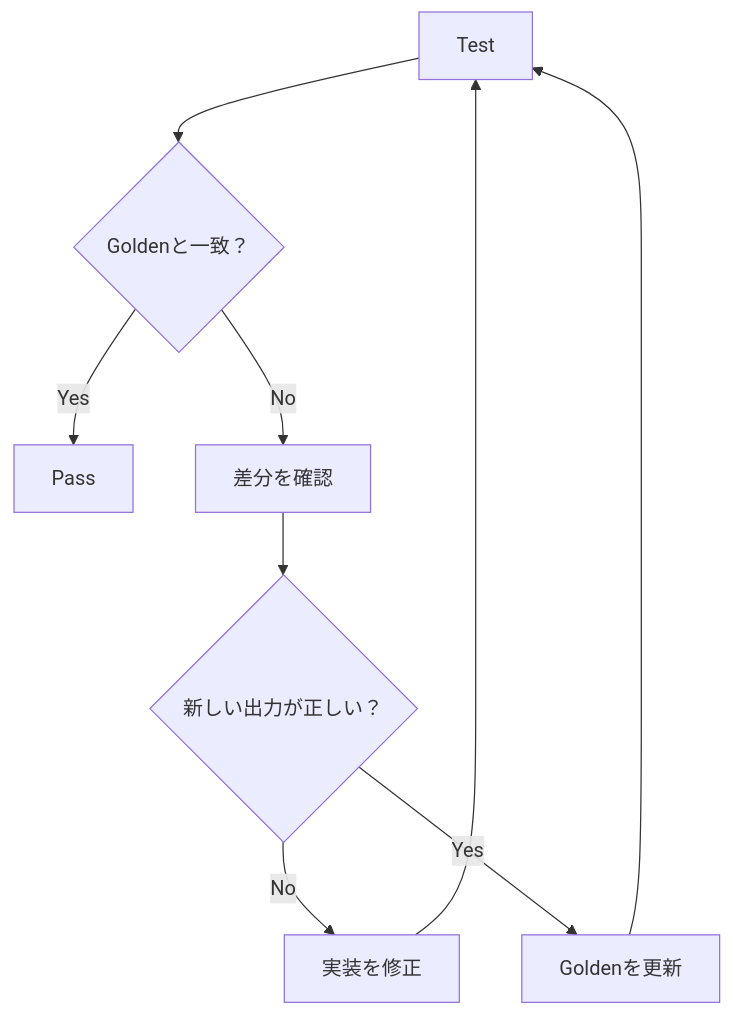
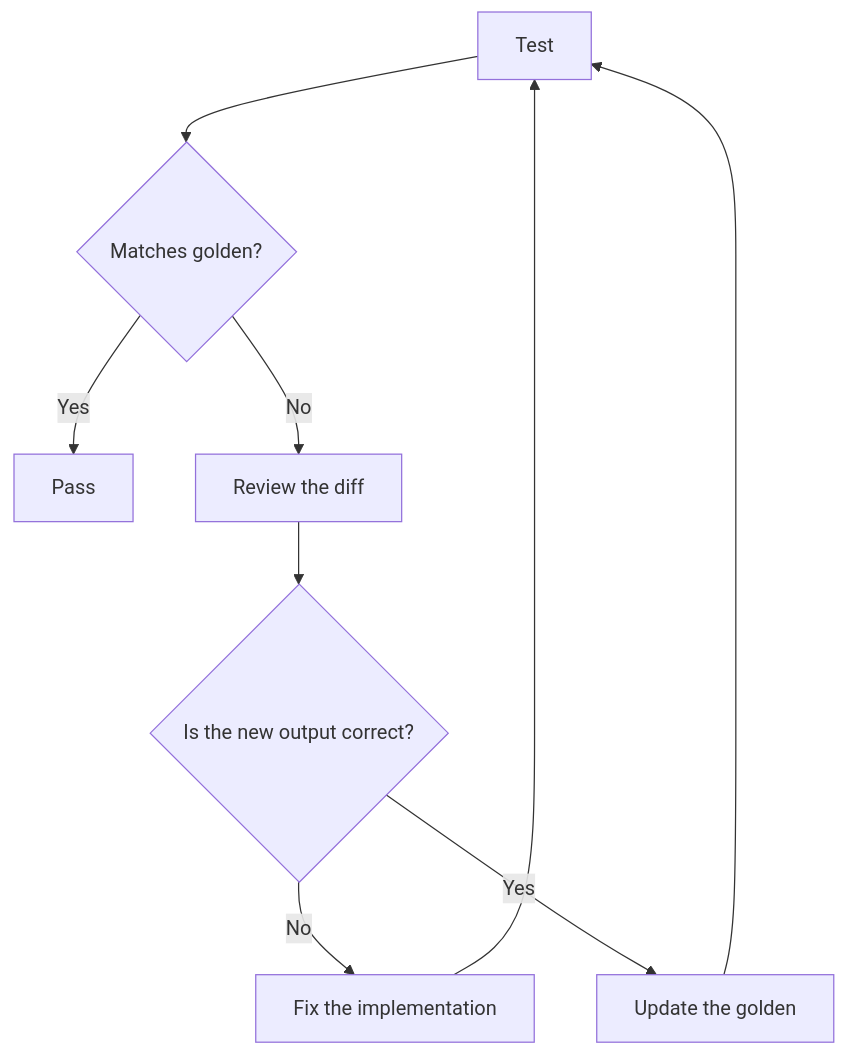
One commit to Rerurate514/riebeckite changed the fourth of 6 diagrams in docs/docs/framework/testing.md. Above: the diagram before and after it, drawn with Mermaid. The commit also changed other lines of this file and 604 other files, not shown here.

````diff
--- a/docs/docs/framework/testing.md
+++ b/docs/docs/framework/testing.md
@@ -377,18 +176,18 @@
 ```mermaid
 flowchart TD
     Test["Test"]
-    Match{"Goldenと一致？"}
+    Match{"Matches golden?"}
 
     Test --> Match
 
     Match -->|Yes| Pass["Pass"]
-    Match -->|No| Review["差分を確認"]
+    Match -->|No| Review["Review the diff"]
 
-    Review --> Correct{"新しい出力が正しい？"}
+    Review --> Correct{"Is the new output correct?"}
 
-    Correct -->|No| Fix["実装を修正"]
-    Correct -->|Yes| Update["Goldenを更新"]
+    Correct -->|No| Fix["Fix the implementation"]
+    Correct -->|Yes| Update["Update the golden"]
 
     Fix --> Test
     Update --> Test
 ```
````
